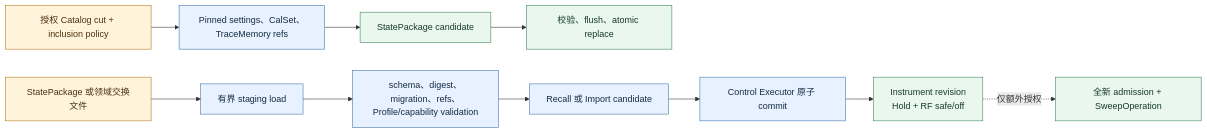
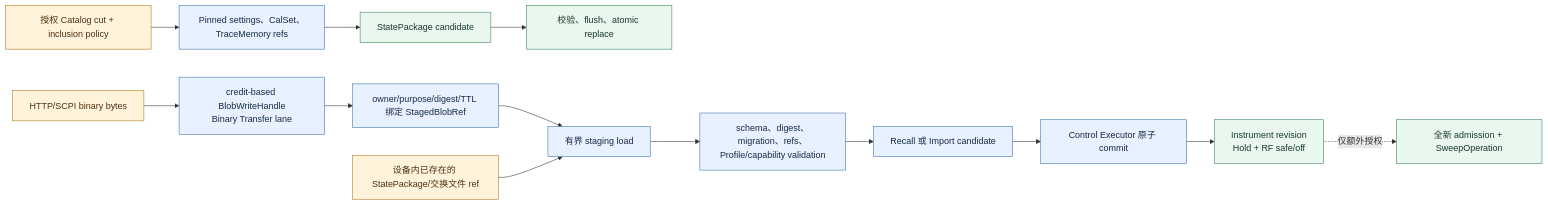
Before and after one commit to aniping/VNA: the seventh of 7 diagrams in docs/design/data-flow.md, drawn with Mermaid. The commit also changed other lines of this file and 12 other files, not shown here.

````diff
--- a/docs/design/data-flow.md
+++ b/docs/design/data-flow.md
@@ -514,20 +641,23 @@
 ```mermaid
 flowchart LR
     Current["授权 Catalog cut + inclusion policy"] --> SavePins["Pinned settings、CalSet、TraceMemory refs"]
     SavePins --> Package["StatePackage candidate"]
     Package --> AtomicFile["校验、flush、atomic replace"]
 
-    Input["StatePackage 或领域交换文件"] --> Staging["有界 staging load"]
+    Upload["HTTP/SCPI binary bytes"] --> BlobWrite["credit-based BlobWriteHandle<br/>Binary Transfer lane"]
+    BlobWrite --> StagedRef["owner/purpose/digest/TTL 绑定 StagedBlobRef"]
+    StagedRef --> Staging["有界 staging load"]
+    Input["设备内已存在的 StatePackage/交换文件 ref"] --> Staging
     Staging --> Validate["schema、digest、migration、refs、Profile/capability validation"]
     Validate --> Candidate["Recall 或 Import candidate"]
     Candidate --> Commit["Control Executor 原子 commit"]
     Commit --> Hold["Instrument revision<br/>Hold + RF safe/off"]
     Hold -. "仅额外授权" .-> NewRun["全新 admission + SweepOperation"]
 
     classDef source fill:#fff3dc,stroke:#b47618,color:#4b310d
     classDef work fill:#e8f1ff,stroke:#3973ac,color:#142b42
     classDef fact fill:#e9f7ef,stroke:#37845a,color:#173a27
-    class Current,Input source
-    class SavePins,Staging,Validate,Candidate,Commit work
+    class Current,Input,Upload source
+    class SavePins,BlobWrite,StagedRef,Staging,Validate,Candidate,Commit work
     class Package,AtomicFile,Hold,NewRun fact
 ```
````
